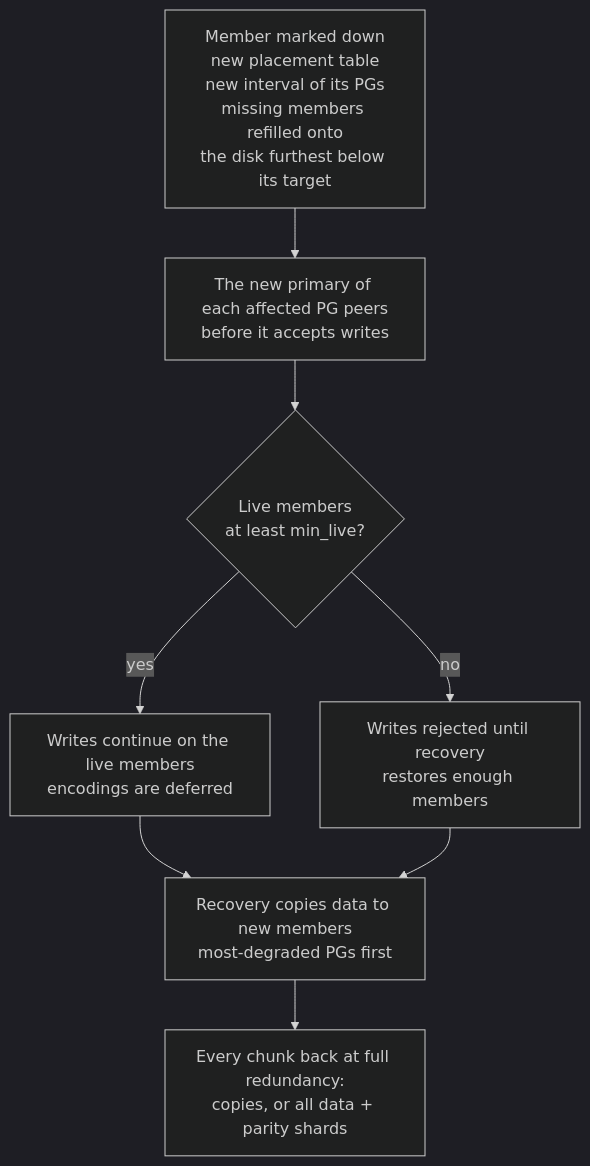
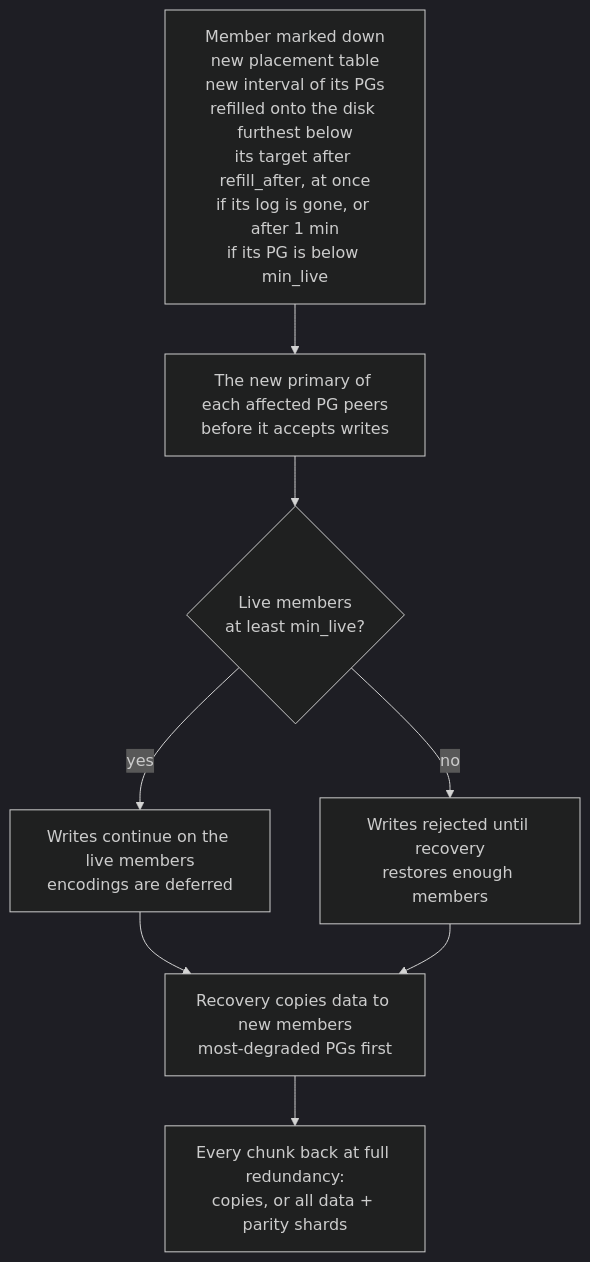
One commit to nvcnvn/rock-solid changed the fourth of 4 diagrams in blogs/07-pools-and-redundancy.md. Above: the diagram before and after it, drawn with Mermaid (dark theme). The commit also changed other lines of this file and 10 other files, not shown here.

````diff
--- a/blogs/07-pools-and-redundancy.md
+++ b/blogs/07-pools-and-redundancy.md
@@ -582,10 +582,10 @@
 ```mermaid
 flowchart TD
-    A["Member marked down<br/>new placement table<br/>new interval of its PGs<br/>missing members refilled onto<br/>the disk furthest below its target"] --> E["The new primary of each affected PG peers<br/>before it accepts writes"]
+    A["Member marked down<br/>new placement table<br/>new interval of its PGs<br/>refilled onto the disk furthest below<br/>its target after refill_after, at once<br/>if its log is gone, or after 1 min<br/>if its PG is below min_live"] --> E["The new primary of each affected PG peers<br/>before it accepts writes"]
     E --> F{"Live members<br/>at least min_live?"}
     F -- yes --> G["Writes continue on the live members<br/>encodings are deferred"]
     F -- no --> H["Writes rejected until recovery<br/>restores enough members"]
     G --> I["Recovery copies data to new members<br/>most-degraded PGs first"]
     H --> I
     I --> J["Every chunk back at full redundancy:<br/>copies, or all data + parity shards"]
 ```
````
